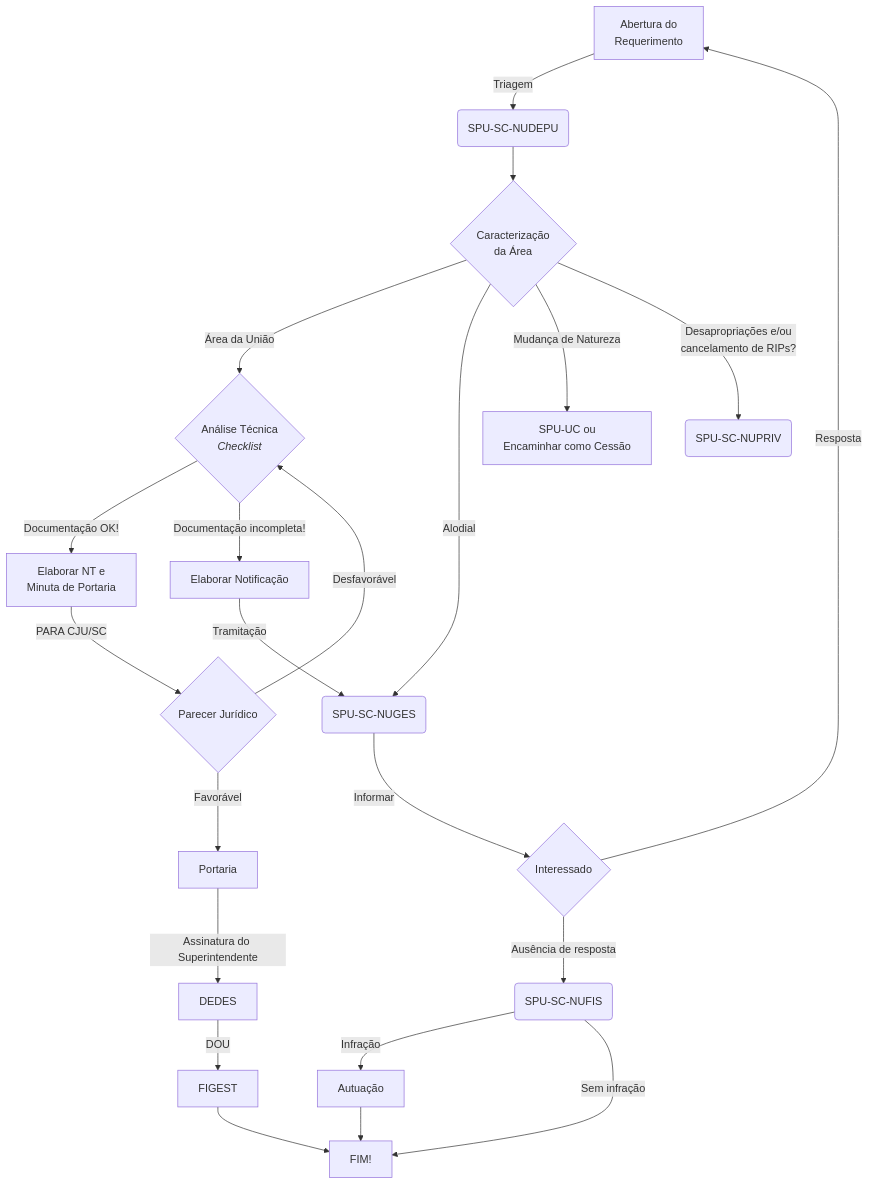
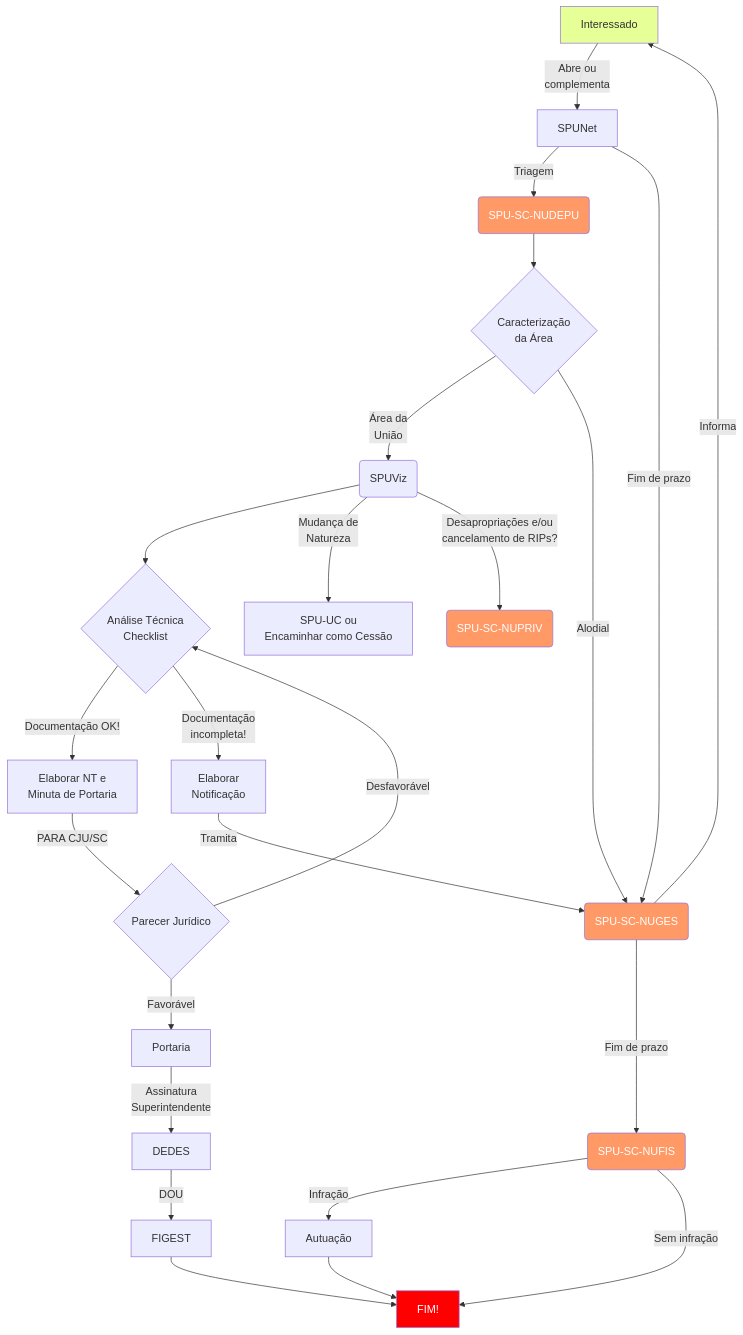
One commit to NUDEPU/autObras changed the diagram in fluxograma/fluxo.mmd. Above: the diagram before and after it, drawn with Mermaid. The commit also changed 3 other files, not shown here.

Commit message:
updates flowchart.

```diff
--- a/fluxograma/fluxo.mmd
+++ b/fluxograma/fluxo.mmd
@@ -1,22 +1,30 @@
 graph TD
-  A[Abertura do <br> Requerimento] -->|Triagem| B(SPU-SC-NUDEPU)
-  B --> C{<center>Caracterização <br> da Área</center>}
-  C -->|Área da União| D{<center>Análise Técnica<br><i>Checklist</i></center>}
+  id1[Interessado] -->|Abre ou <br> complementa| A[SPUNet]
+  A -->|Triagem| B(SPU-SC-NUDEPU)
+  B --> C{Caracterização <br> da Área}
+  C -->|Área da <br> União| T(SPUViz)
+  T --> D{Análise Técnica<br>Checklist}
   C -->|Alodial| N(SPU-SC-NUGES)
-  C -->|Mudança de Natureza| R[<center>SPU-UC ou <br> Encaminhar como Cessão</center>]
+  T -->|Mudança de <br> Natureza| R[SPU-UC ou <br> Encaminhar como Cessão]
   D -->|Documentação OK!| E[Elaborar NT e <br> Minuta de Portaria]
-  D -->|Documentação incompleta!| M[Elaborar Notificação]
-  C -->|Desapropriações e/ou <br> cancelamento de RIPs?| S(SPU-SC-NUPRIV)
-  M -->|Tramitação| N
-  N -->|Informar| O{Interessado}
-  O -->|Ausência de resposta| P(SPU-SC-NUFIS)
-  O -->|Resposta| A
+  D -->|Documentação <br> incompleta!| M[Elaborar <br> Notificação]
+  T -->|Desapropriações e/ou <br> cancelamento de RIPs?| S(SPU-SC-NUPRIV)
+  M -->|Tramita| N
+  N -->|Informa| id1
+  A -->|Fim de prazo| N
+  N -->|Fim de prazo| P(SPU-SC-NUFIS)
   P -->|Infração| Q[Autuação]
   P -->|Sem infração| F
   Q --> F
   E -->|PARA CJU/SC| I{Parecer Jurídico}
   I -->|Favorável| J[Portaria]
-  J -->|Assinatura do Superintendente| K[DEDES]
+  J -->|Assinatura <br> Superintendente| K[DEDES]
   I -->|Desfavorável| D
   K -->|DOU| L[FIGEST]
   L --> F[FIM!]
+  class B,N,P,S nucleos;
+  classDef nucleos fill:#f96,color:#fff;
+  class id1 inter;
+  classDef inter fill:#e6ff97;
+  class F fim;
+  classDef fim fill:red,color:#fff;
```
